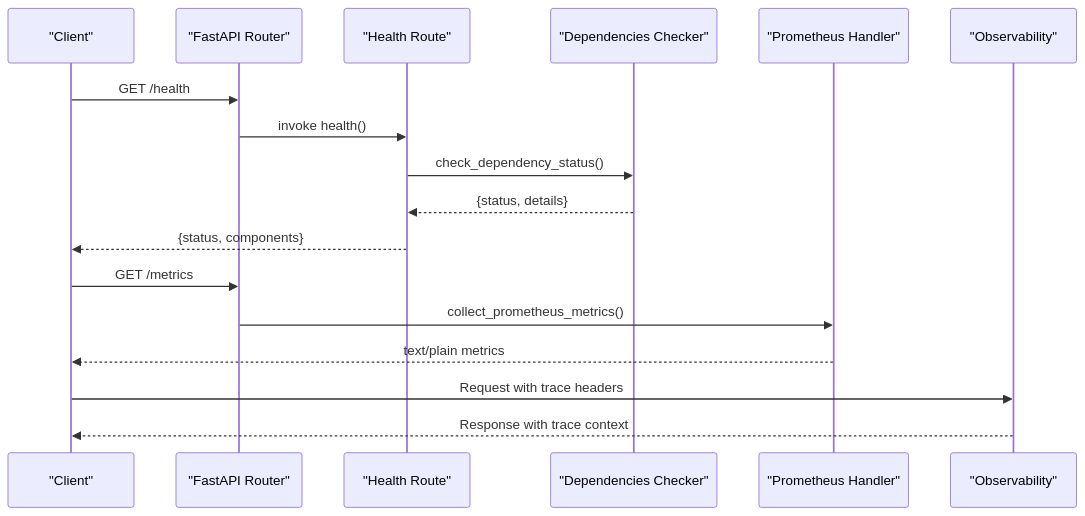
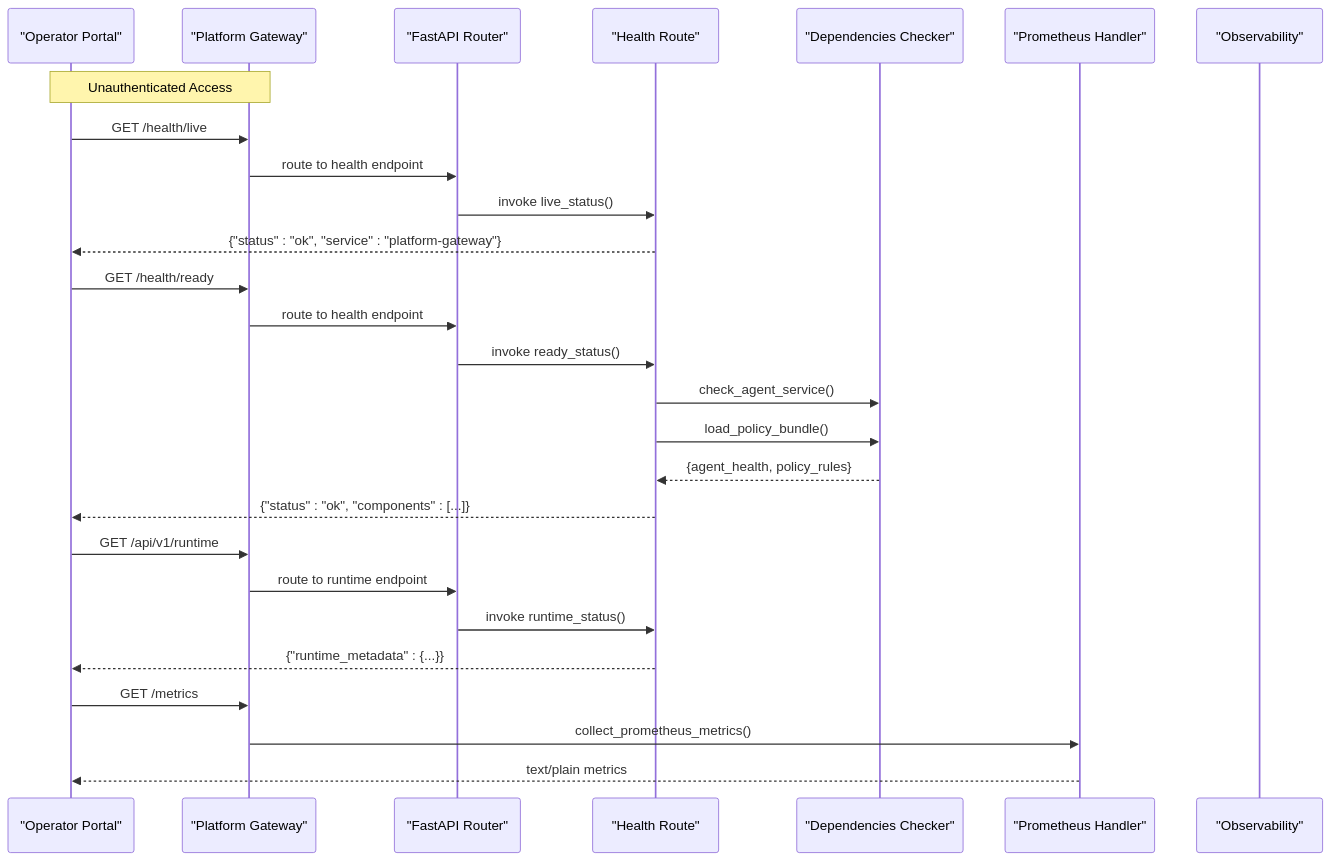
One commit to metasync/luban-aiops changed the second of 8 diagrams in .qoder/repowiki/en/content/API Reference/Agent Platform API/Health & Monitoring API.md. Above: the diagram before and after it, drawn with Mermaid. The commit also changed other lines of this file and 22 other files, not shown here.

````diff
--- a/.qoder/repowiki/en/content/API Reference/Agent Platform API/Health & Monitoring API.md
+++ b/.qoder/repowiki/en/content/API Reference/Agent Platform API/Health & Monitoring API.md
@@ -154,19 +164,29 @@
 ```mermaid
 sequenceDiagram
-participant Client as "Client"
+participant Client as "Operator Portal"
+participant Gateway as "Platform Gateway"
 participant Router as "FastAPI Router"
 participant Health as "Health Route"
 participant Deps as "Dependencies Checker"
 participant Metrics as "Prometheus Handler"
 participant Obs as "Observability"
-Client->>Router : GET /health
-Router->>Health : invoke health()
-Health->>Deps : check_dependency_status()
-Deps-->>Health : {status, details}
-Health-->>Client : {status, components}
-Client->>Router : GET /metrics
-Router->>Metrics : collect_prometheus_metrics()
+Note over Client,Gateway : Unauthenticated Access
+Client->>Gateway : GET /health/live
+Gateway->>Router : route to health endpoint
+Router->>Health : invoke live_status()
+Health-->>Client : {"status" : "ok", "service" : "platform-gateway"}
+Client->>Gateway : GET /health/ready
+Gateway->>Router : route to health endpoint
+Router->>Health : invoke ready_status()
+Health->>Deps : check_agent_service()
+Health->>Deps : load_policy_bundle()
+Deps-->>Health : {agent_health, policy_rules}
+Health-->>Client : {"status" : "ok", "components" : [...]}
+Client->>Gateway : GET /api/v1/runtime
+Gateway->>Router : route to runtime endpoint
+Router->>Health : invoke runtime_status()
+Health-->>Client : {"runtime_metadata" : {...}}
+Client->>Gateway : GET /metrics
+Gateway->>Metrics : collect_prometheus_metrics()
 Metrics-->>Client : text/plain metrics
-Client->>Obs : Request with trace headers
-Obs-->>Client : Response with trace context
 ```
````
